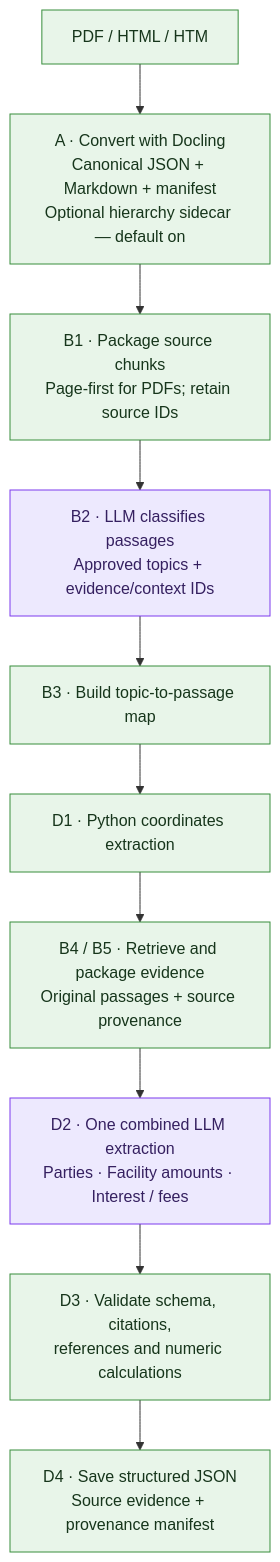
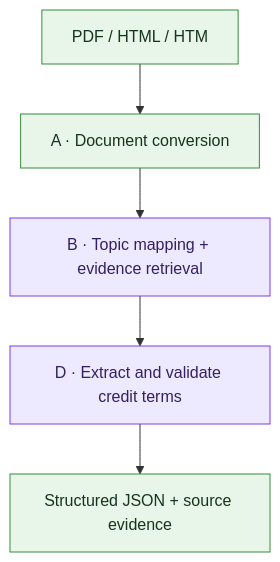
Before and after one commit to Ashrit-K/credit-agreement-parsing: the first of 2 diagrams in README.md, drawn with Mermaid. The commit also changed other lines of this file, not shown here.

Commit message:
docs: simplify map and note definition proposal

````diff
--- a/README.md
+++ b/README.md
@@ -17,17 +17,12 @@
 ```mermaid
 flowchart TD
-    Input["PDF / HTML / HTM"] --> A["A · Convert with Docling<br/>Canonical JSON + Markdown + manifest<br/>Optional hierarchy sidecar — default on"]
-    A --> B1["B1 · Package source chunks<br/>Page-first for PDFs; retain source IDs"]
-    B1 --> B2["B2 · LLM classifies passages<br/>Approved topics + evidence/context IDs"]
-    B2 --> B3["B3 · Build topic-to-passage map"]
-    B3 --> D1["D1 · Python coordinates extraction"]
-    D1 --> Retrieval["B4 / B5 · Retrieve and package evidence<br/>Original passages + source provenance"]
-    Retrieval --> D2["D2 · One combined LLM extraction<br/>Parties · Facility amounts · Interest / fees"]
-    D2 --> D3["D3 · Validate schema, citations,<br/>references and numeric calculations"]
-    D3 --> D4["D4 · Save structured JSON<br/>Source evidence + provenance manifest"]
+    Input["PDF / HTML / HTM"] --> A["A · Document conversion"]
+    A --> B["B · Topic mapping + evidence retrieval"]
+    B --> D["D · Extract and validate credit terms"]
+    D --> Output["Structured JSON + source evidence"]
 
     classDef implemented fill:#e8f5e9,stroke:#388e3c,color:#16351b;
     classDef cognitive fill:#ede9fe,stroke:#7c3aed,color:#352060;
-    class Input,A,B1,B3,D1,Retrieval,D3,D4 implemented;
-    class B2,D2 cognitive;
+    class Input,A,Output implemented;
+    class B,D cognitive;
 ```
````
